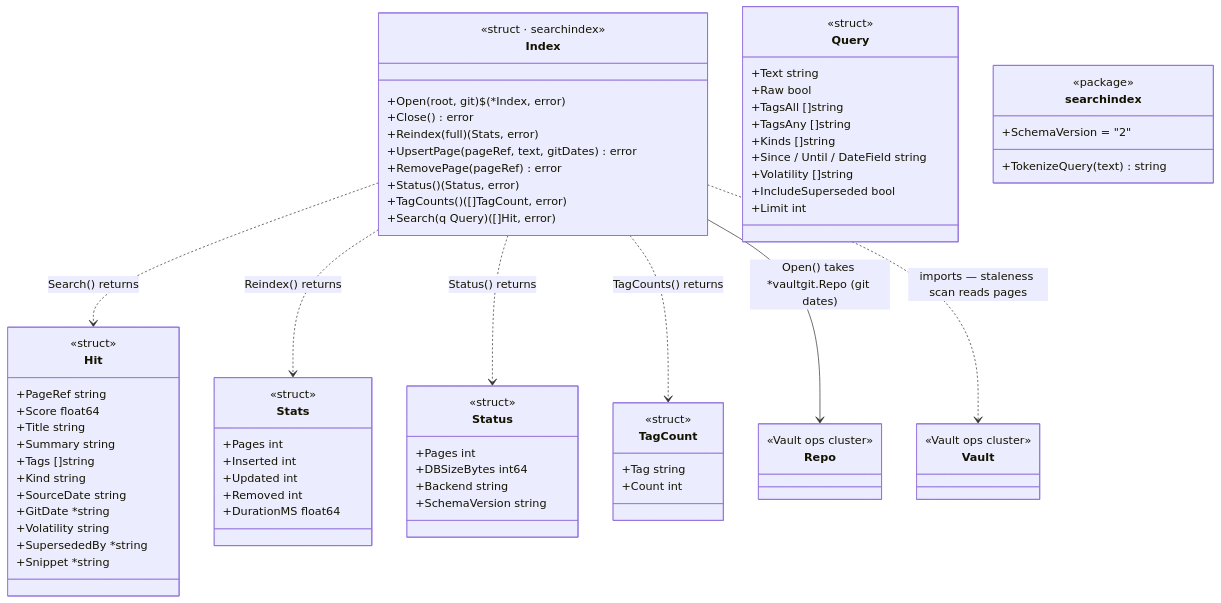
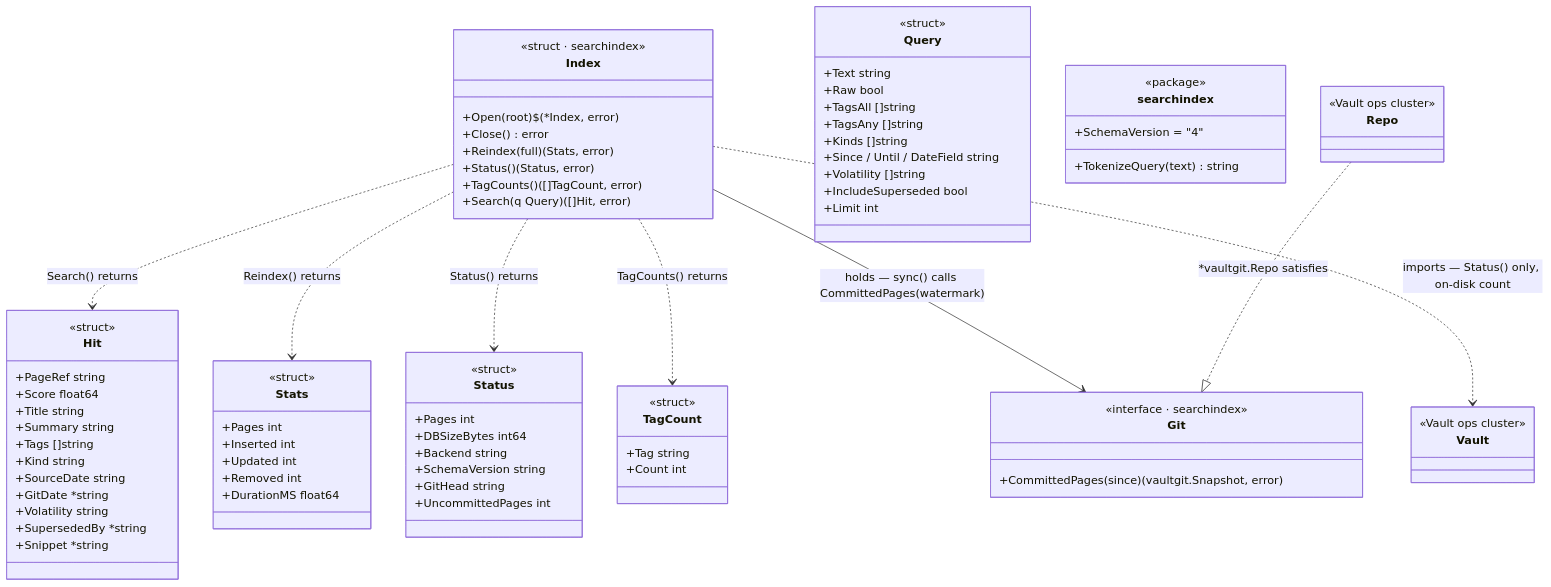
Before and after one commit to dhague/enchiridion: the fifth of 9 diagrams in docs/architecture.md, drawn with Mermaid. The commit also changed other lines of this file and 10 other files, not shown here.

First line of the commit message:
feat(searchindex): search index as a view of committed history (#212)

````diff
--- a/docs/architecture.md
+++ b/docs/architecture.md
@@ -299,11 +299,9 @@
 classDiagram
     class Index {
         <<struct · searchindex>>
-        +Open(root, git)$ (*Index, error)
+        +Open(root)$ (*Index, error)
         +Close() error
         +Reindex(full) (Stats, error)
-        +UpsertPage(pageRef, text, gitDates) error
-        +RemovePage(pageRef) error
         +Status() (Status, error)
         +TagCounts() ([]TagCount, error)
         +Search(q Query) ([]Hit, error)
@@ -348,6 +346,8 @@
         +DBSizeBytes int64
         +Backend string
         +SchemaVersion string
+        +GitHead string
+        +UncommittedPages int
     }
     class TagCount {
         <<struct>>
@@ -356,8 +356,12 @@
     }
     class searchindex {
         <<package>>
-        +SchemaVersion = "2"
+        +SchemaVersion = "4"
         +TokenizeQuery(text) string
+    }
+    class Git {
+        <<interface · searchindex>>
+        +CommittedPages(since) (vaultgit.Snapshot, error)
     }
     class Repo {
         <<Vault ops cluster>>
@@ -370,6 +374,7 @@
     Index ..> Stats : Reindex() returns
     Index ..> Status : Status() returns
     Index ..> TagCount : TagCounts() returns
-    Index --> Repo : Open() takes *vaultgit.Repo (git dates)
-    Index ..> Vault : imports — staleness scan reads pages
+    Index --> Git : holds — sync() calls CommittedPages(watermark)
+    Repo ..|> Git : *vaultgit.Repo satisfies
+    Index ..> Vault : imports — Status() only, on-disk count
 ```
````
